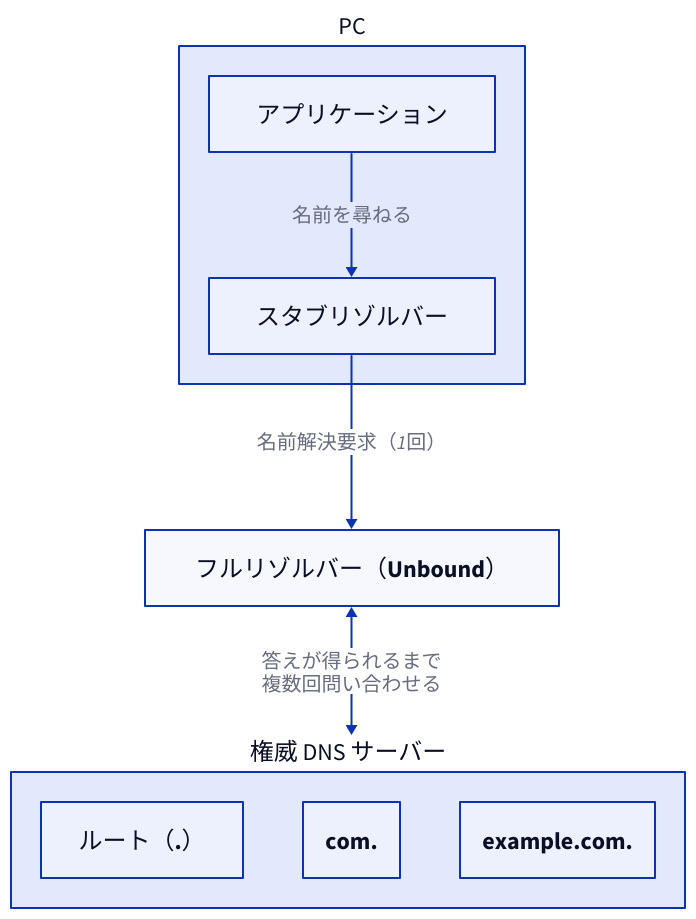
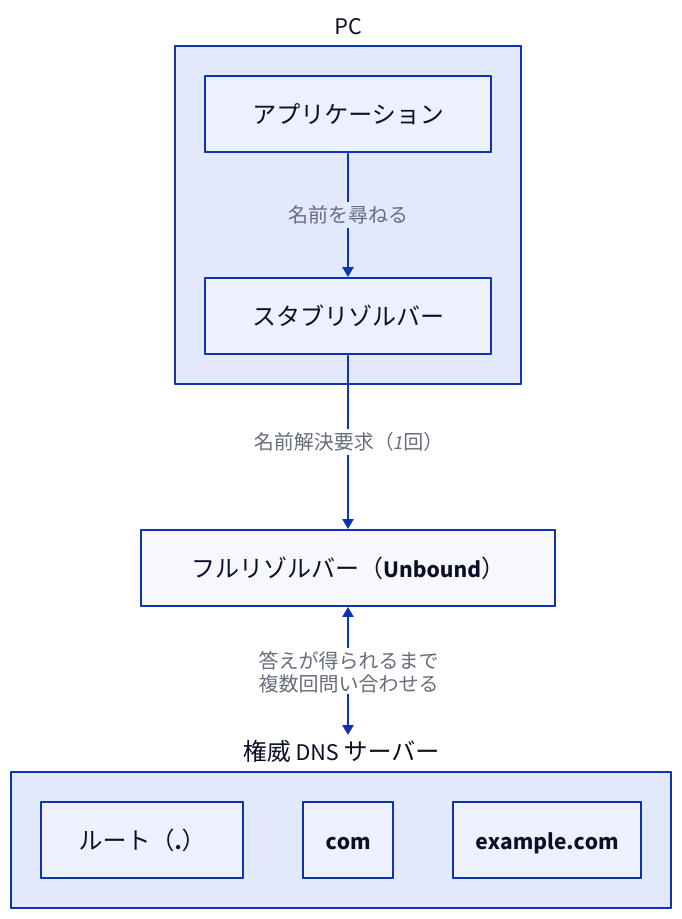
One commit to tsutsu3/unbound-nyumon changed the diagram in figures/01-dns-minimum/01-actors.d2. Above: the diagram before and after it, drawn with D2. The commit also changed 7 other files, not shown here.

```diff
--- a/figures/01-dns-minimum/01-actors.d2
+++ b/figures/01-dns-minimum/01-actors.d2
@@ -1,24 +1,24 @@
 # 図1 スタブリゾルバー / フルリゾルバー / 権威 DNS サーバーの関係と問い合わせの向き
 
 # 本文に載せるときは高さで縮むため、図の中の文字を相対的に大きくしておく。
 **.style.font-size: 24
 (** -> **)[*].style.font-size: 20
 (** <-> **)[*].style.font-size: 20
 direction: down
 
 pc: PC {
   app: アプリケーション
   stub: スタブリゾルバー
   app -> stub: 名前を尋ねる
 }
 
 full: フルリゾルバー（Unbound）
 
 auth: 権威 DNS サーバー {
   root: ルート（.）
-  tld: com.
-  apex: example.com.
+  tld: com
+  apex: example.com
 }
 
 pc.stub -> full: 名前解決要求（1回）
 full <-> auth: 答えが得られるまで\n複数回問い合わせる
```
